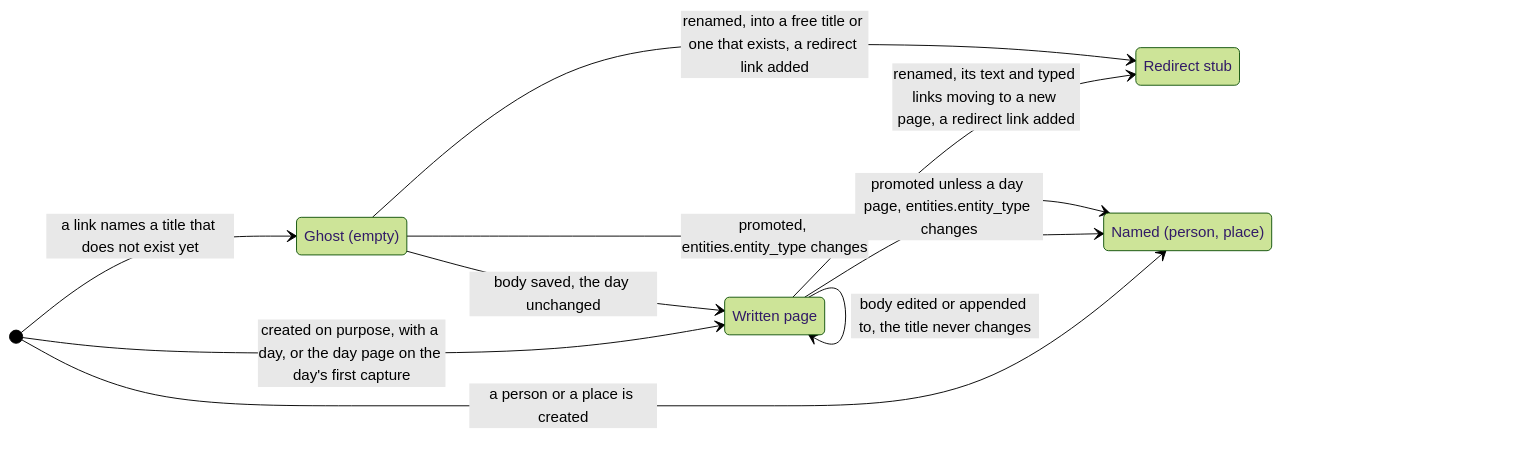
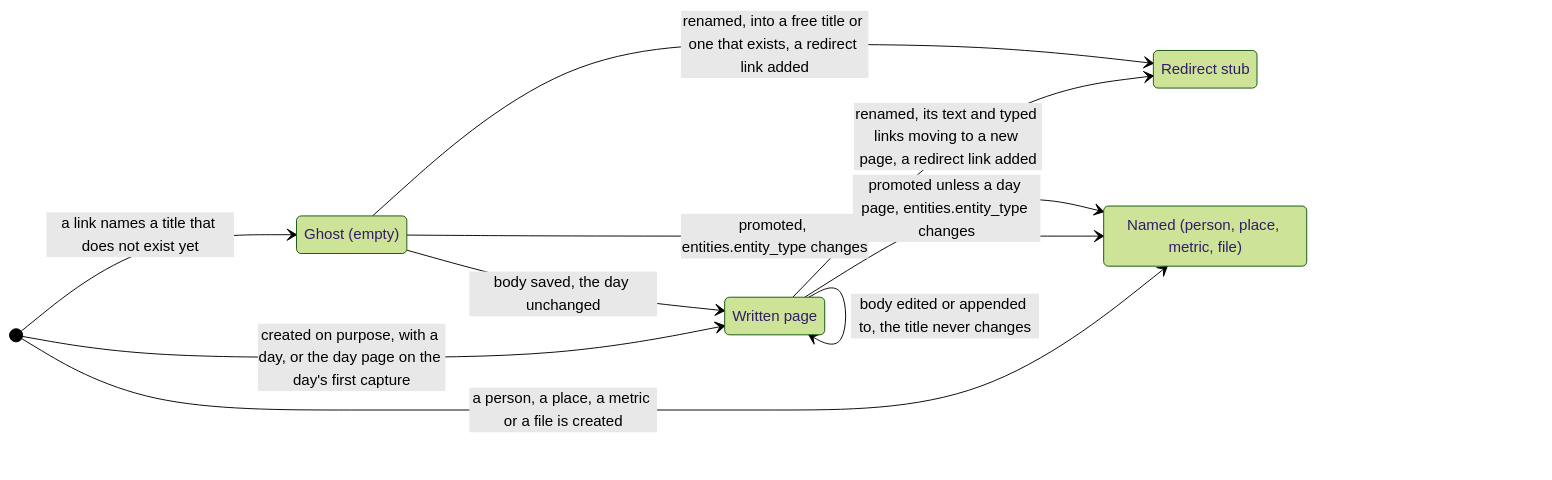
The diagram in docs/architecture/page-lifecycle.md (alexradunet/lifelogdb), drawn with Mermaid (forest theme) before and after one commit. The commit also changed other lines of this file and 58 other files, not shown here.

````diff
--- a/docs/architecture/page-lifecycle.md
+++ b/docs/architecture/page-lifecycle.md
@@ -7,18 +7,18 @@
 ```mermaid
 %% diagram: page-life
 stateDiagram-v2
     direction LR
     state "Ghost (empty)" as Ghost
     state "Written page" as Written
     state "Redirect stub" as Stub
-    state "Named (person, place)" as Named
+    state "Named (person, place, metric, file)" as Named
     [*] --> Ghost: a link names a title that does not exist yet
     [*] --> Written: created on purpose, with a day, or the day page on the day's first capture
-    [*] --> Named: a person or a place is created
+    [*] --> Named: a person, a place, a metric or a file is created
     Ghost --> Written: body saved, the day unchanged
     Ghost --> Named: promoted, entities.entity_type changes
     Written --> Named: promoted unless a day page, entities.entity_type changes
     Written --> Written: body edited or appended to, the title never changes
     Written --> Stub: renamed, its text and typed links moving to a new page, a redirect link added
     Ghost --> Stub: renamed, into a free title or one that exists, a redirect link added
 ```
````
